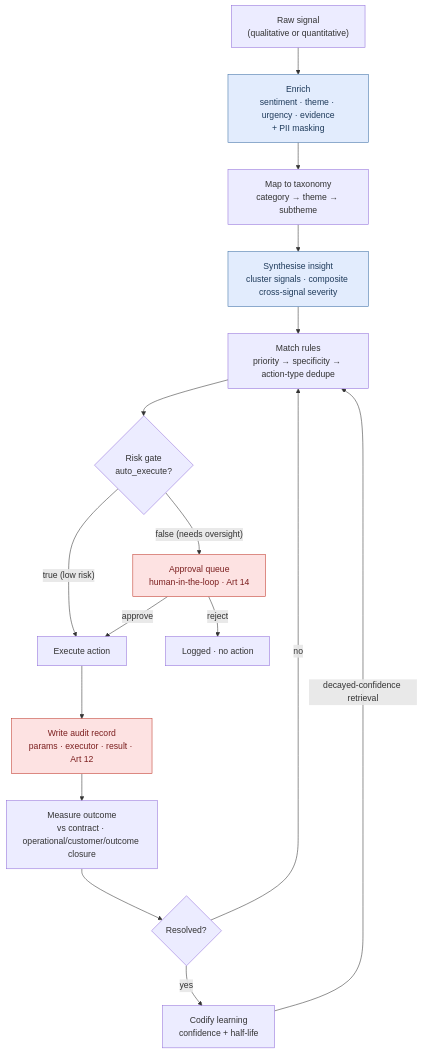
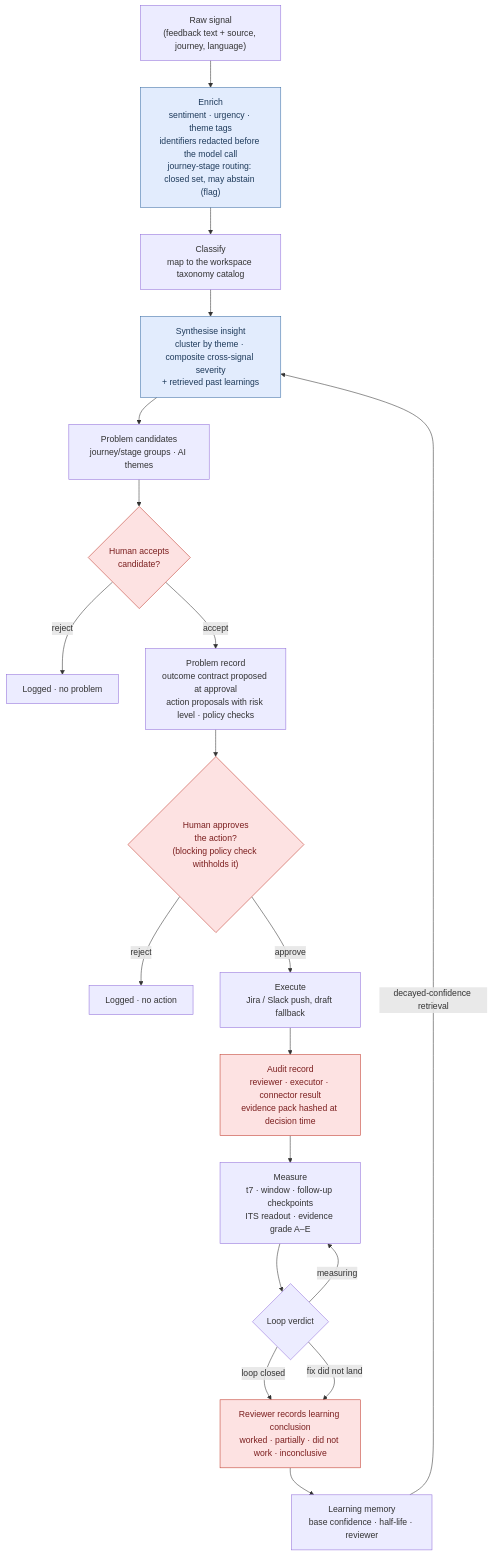
One commit to fogu13/CLARA changed the diagram in thesis/diagrams/04_pipeline_flow.mmd. Above: the diagram before and after it, drawn with Mermaid. The commit also changed 23 other files, not shown here.

```diff
--- a/thesis/diagrams/04_pipeline_flow.mmd
+++ b/thesis/diagrams/04_pipeline_flow.mmd
@@ -1,22 +1,25 @@
 %% Data pipeline — Signal → Insight → Action → Learning, with governance control points. Edit freely.
 flowchart TD
-    A["Raw signal<br/>(qualitative or quantitative)"] --> B["Enrich<br/>sentiment · theme · urgency · evidence<br/>+ PII masking"]
-    B --> C["Map to taxonomy<br/>category → theme → subtheme"]
-    C --> D["Synthesise insight<br/>cluster signals · composite cross-signal severity"]
-    D --> E["Match rules<br/>priority → specificity → action-type dedupe"]
-    E --> F{"Risk gate<br/>auto_execute?"}
-    F -->|"true (low risk)"| H["Execute action"]
-    F -->|"false (needs oversight)"| G["Approval queue<br/>human-in-the-loop · Art 14"]
-    G -->|approve| H
-    G -->|reject| X["Logged · no action"]
-    H --> I["Write audit record<br/>params · executor · result · Art 12"]
-    I --> J["Measure outcome<br/>vs contract · operational/customer/outcome closure"]
-    J --> K{"Resolved?"}
-    K -->|yes| L["Codify learning<br/>confidence + half-life"]
-    K -->|no| E
-    L -->|"decayed-confidence retrieval"| E
+    A["Raw signal<br/>(feedback text + source, journey, language)"] --> B["Enrich<br/>sentiment · urgency · theme tags<br/>identifiers redacted before the model call<br/>journey-stage routing: closed set, may abstain (flag)"]
+    B --> C["Classify<br/>map to the workspace taxonomy catalog"]
+    C --> D["Synthesise insight<br/>cluster by theme · composite cross-signal severity<br/>+ retrieved past learnings"]
+    D --> E["Problem candidates<br/>journey/stage groups · AI themes"]
+    E --> F{"Human accepts<br/>candidate?"}
+    F -->|reject| X0["Logged · no problem"]
+    F -->|accept| G["Problem record<br/>outcome contract proposed at approval<br/>action proposals with risk level · policy checks"]
+    G --> H{"Human approves<br/>the action?<br/>(blocking policy check withholds it)"}
+    H -->|reject| X["Logged · no action"]
+    H -->|approve| I["Execute<br/>Jira / Slack push, draft fallback"]
+    I --> J["Audit record<br/>reviewer · executor · connector result<br/>evidence pack hashed at decision time"]
+    J --> K["Measure<br/>t7 · window · follow-up checkpoints<br/>ITS readout · evidence grade A–E"]
+    K --> L{"Loop verdict"}
+    L -->|"loop closed"| M["Reviewer records learning conclusion<br/>worked · partially · did not work · inconclusive"]
+    L -->|"fix did not land"| M
+    L -->|"measuring"| K
+    M --> N["Learning memory<br/>base confidence · half-life · reviewer"]
+    N -->|"decayed-confidence retrieval"| D
 
     classDef gov fill:#fde2e2,stroke:#c0392b,color:#7b1f1f;
     classDef llm fill:#e2ecfd,stroke:#3b6ea5,color:#1f3b5b;
-    class G,I gov;
+    class F,H,J,M gov;
     class B,D llm;
```
